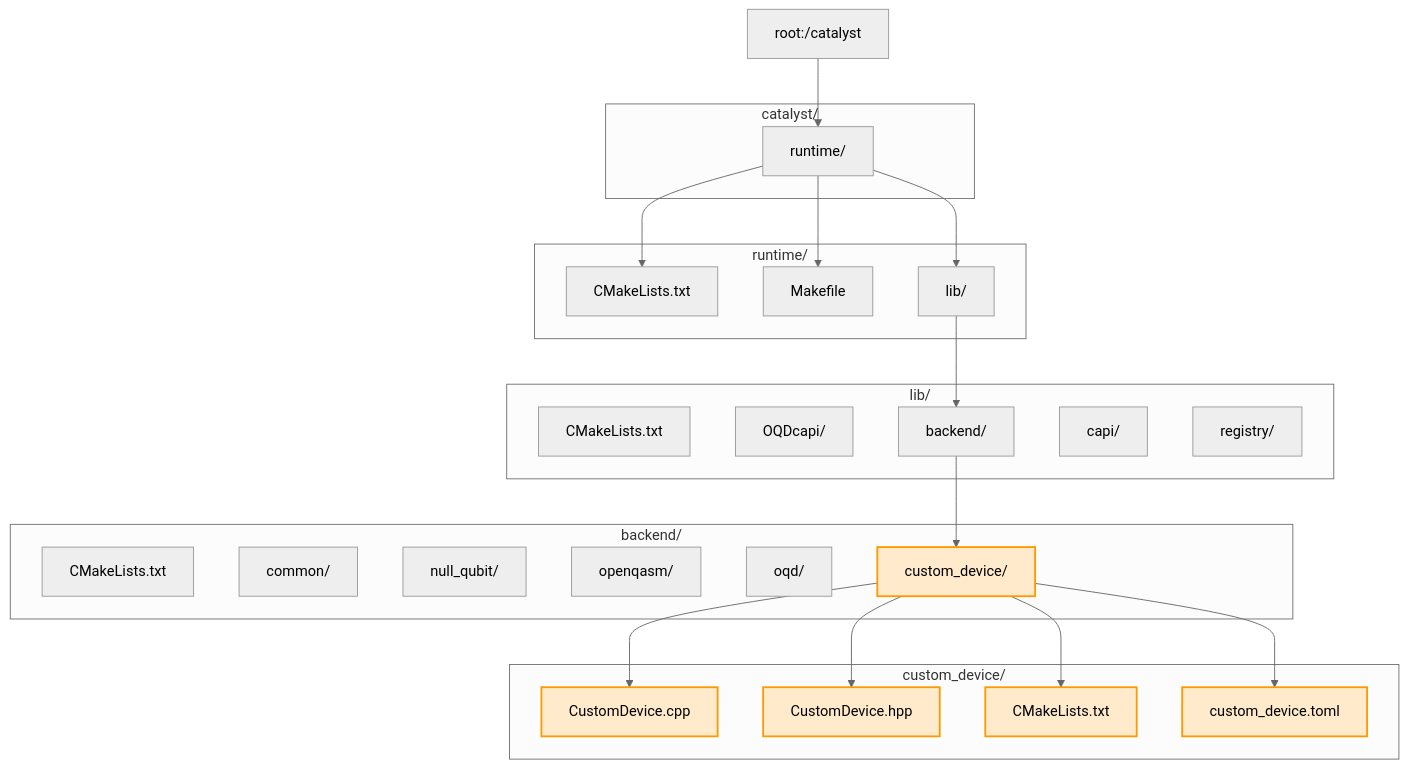
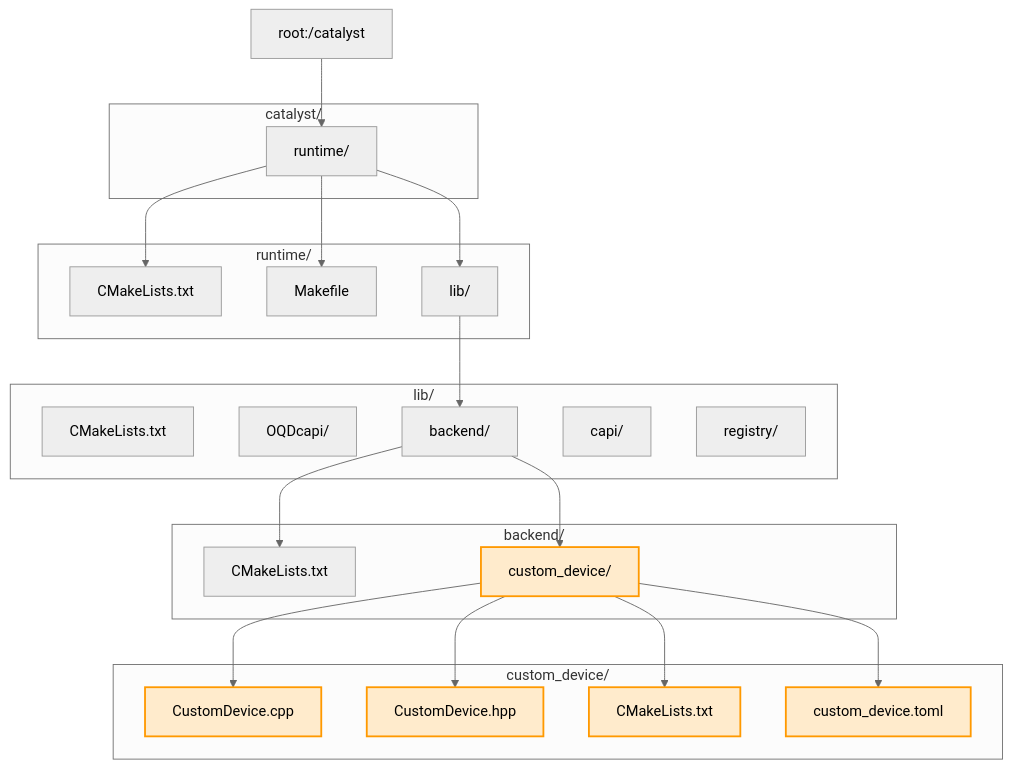
The diagram in README.md (Ameya674/how_to_add_a_custom_device_in_Catalyst), drawn with Mermaid (neutral theme) before and after one commit.

````diff
--- a/README.md
+++ b/README.md
@@ -3,56 +3,53 @@
 ```mermaid
 graph TD
 
   A[root:/catalyst]
 
   subgraph catalyst/
     A1[runtime/]
   end
 
   subgraph runtime/
     R1[CMakeLists.txt]
     R2[Makefile]
     R3[lib/]
   end
 
   subgraph lib/
     L1[CMakeLists.txt]
     L2[OQDcapi/]
     L3[backend/]
     L4[capi/]
     L5[registry/]
   end
 
   subgraph backend/
     B1[CMakeLists.txt]
-    B2[common/]
-    B3[null_qubit/]
-    B4[openqasm/]
-    B5[oqd/]
-    B6[custom_device/]
+    B2[custom_device/]
   end
 
   subgraph custom_device/
     CD1[CustomDevice.cpp]
     CD2[CustomDevice.hpp]
     CD3[CMakeLists.txt]
     CD4[custom_device.toml]
   end
 
   %% Relationships
   A --> A1
   A1 --> R3
   A1 --> R1
   A1 --> R2
   R3 --> L3
-  L3 --> B6
-  B6 --> CD1
-  B6 --> CD2
-  B6 --> CD3
-  B6 --> CD4
+  L3 --> B2
+  L3 --> B1
+  B2 --> CD1
+  B2 --> CD2
+  B2 --> CD3
+  B2 --> CD4
 
   %% Styling
   classDef custom fill:#ffebcc,stroke:#ff9900,stroke-width:2px;
-  class B6,CD1,CD2,CD3,CD4 custom;
+  class B2,CD1,CD2,CD3,CD4 custom;
 
 ```
````
